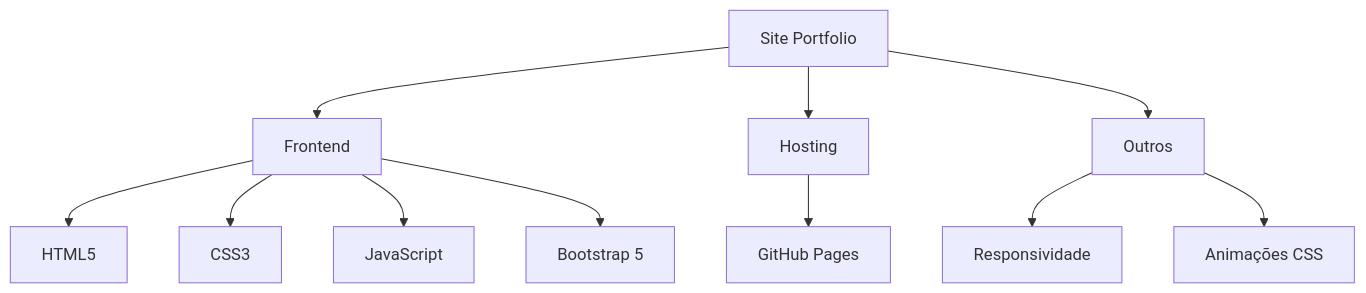
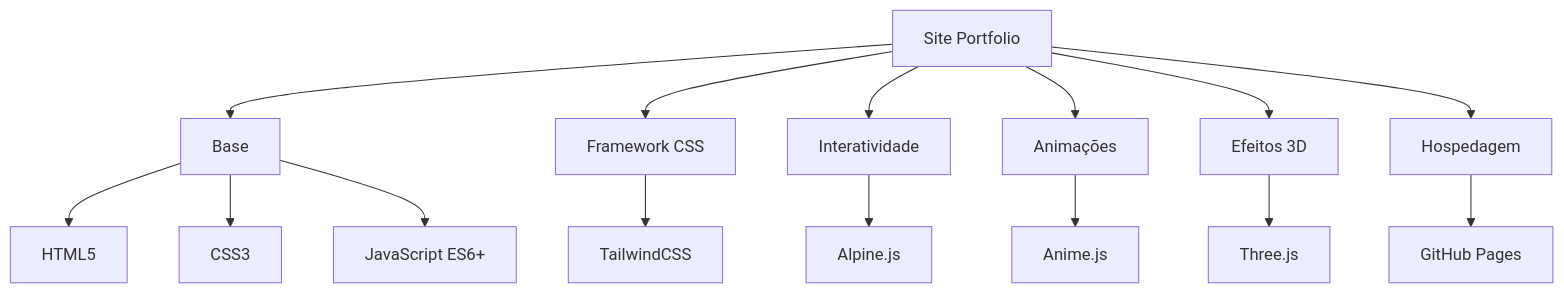
Before and after one commit to govinda777/govinda777.github.io: the first of 2 diagrams in README.md, drawn with Mermaid. The commit also changed other lines of this file, not shown here.

````diff
--- a/README.md
+++ b/README.md
@@ -84,13 +86,17 @@
 ```mermaid
 graph TD
-    A[Site Portfolio] --> B[Frontend]
+    A[Site Portfolio] --> B[Base]
     B --> C[HTML5]
     B --> D[CSS3]
-    B --> E[JavaScript]
-    B --> F[Bootstrap 5]
-    A --> G[Hosting]
-    G --> H[GitHub Pages]
-    A --> I[Outros]
-    I --> J[Responsividade]
-    I --> K[Animações CSS]
+    B --> E[JavaScript ES6+]
+    A --> F[Framework CSS]
+    F --> G[TailwindCSS]
+    A --> H[Interatividade]
+    H --> I[Alpine.js]
+    A --> J[Animações]
+    J --> K[Anime.js]
+    A --> L[Efeitos 3D]
+    L --> M[Three.js]
+    A --> N[Hospedagem]
+    N --> O[GitHub Pages]
 ```
````
